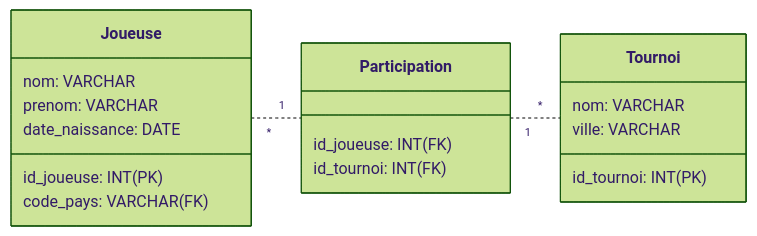
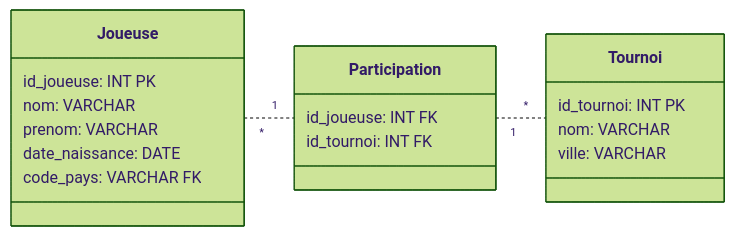
One commit to ludo2ne/ENSAI-2A-remise-a-niveau changed the third of 3 diagrams in quarto-site/doc/sql/sql-cours.qmd. Above: the diagram before and after it, drawn with Mermaid (forest theme). The commit also changed other lines of this file and 123 other files, not shown here.

````diff
--- a/quarto-site/doc/sql/sql-cours.qmd
+++ b/quarto-site/doc/sql/sql-cours.qmd
@@ -276,27 +276,27 @@
 ```{mermaid}
 classDiagram
   direction LR
 
   class Joueuse {
-    id_joueuse: INT (PK)
+    id_joueuse: INT PK
     nom: VARCHAR
     prenom: VARCHAR
     date_naissance: DATE
-    code_pays: VARCHAR (FK)
+    code_pays: VARCHAR FK
   }
   
   class Tournoi {
-    id_tournoi: INT (PK)
+    id_tournoi: INT PK
     nom: VARCHAR
     ville: VARCHAR
   }
 
   
   class Participation {
-    id_joueuse: INT (FK)
-    id_tournoi: INT (FK)
+    id_joueuse: INT FK
+    id_tournoi: INT FK
   }
 
   Joueuse "*" .. "1" Participation
   Participation "1" .. "*" Tournoi
 ```
````
